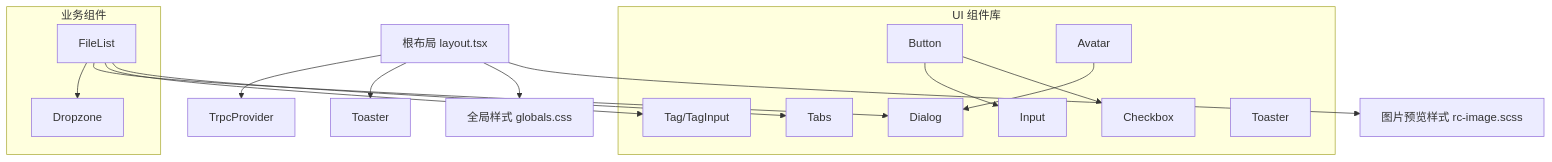
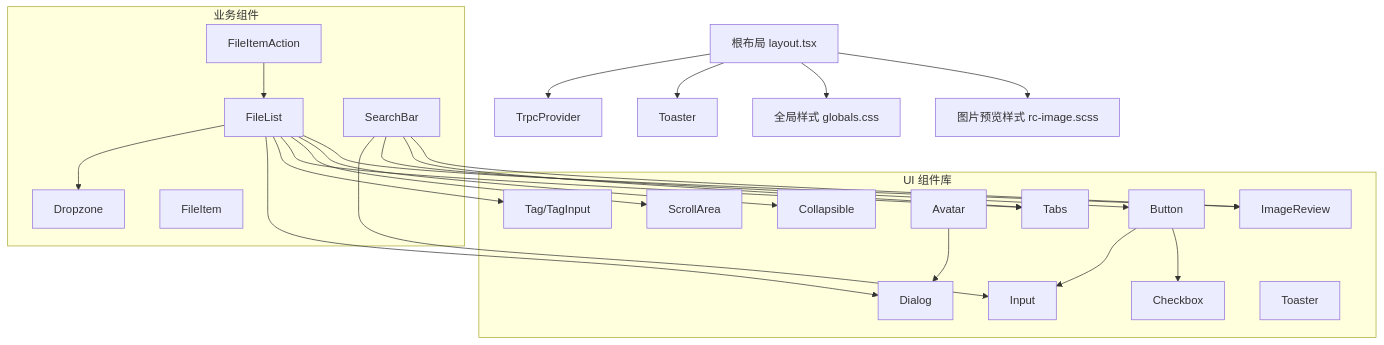
One commit to RadiumAg/image-saas changed the second of 8 diagrams in .qoder/repowiki/zh/content/前端组件架构/前端组件架构.md. Above: the diagram before and after it, drawn with Mermaid. The commit also changed other lines of this file and 9 other files, not shown here.

````diff
--- a/.qoder/repowiki/zh/content/前端组件架构/前端组件架构.md
+++ b/.qoder/repowiki/zh/content/前端组件架构/前端组件架构.md
@@ -157,28 +222,42 @@
 ```mermaid
 graph TB
 R["根布局 layout.tsx"] --> P["TrpcProvider"]
 R --> M["Toaster"]
 R --> ST["全局样式 globals.css"]
 R --> SC["图片预览样式 rc-image.scss"]
 subgraph "UI 组件库"
 U1["Button"]
 U2["Dialog"]
 U3["Input"]
 U4["Checkbox"]
 U5["Tag/TagInput"]
 U6["Tabs"]
 U7["Avatar"]
 U8["Toaster"]
+U9["ScrollArea"]
+U10["Collapsible"]
+U11["ImageReview"]
 end
 subgraph "业务组件"
 B1["FileList"]
 B2["Dropzone"]
+B3["SearchBar"]
+B4["FileItem"]
+B5["FileItemAction"]
 end
 B1 --> B2
 B1 --> U2
 B1 --> U5
 B1 --> U6
+B1 --> U9
+B1 --> U10
+B1 --> U11
+B5 --> B1
+B3 --> U3
+B3 --> U1
+B3 --> U6
+B3 --> U11
 U1 --> U3
 U1 --> U4
 U7 --> U2
 ```
````
